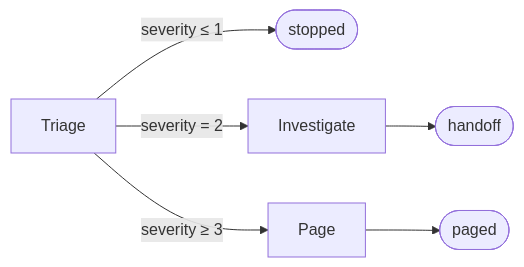
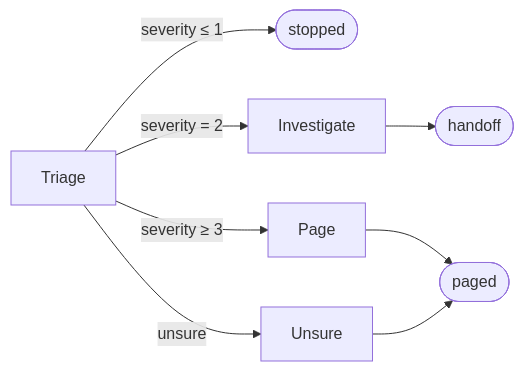
One commit to mattyv/skope changed the seventh of 7 diagrams in SPEC.md. Above: the diagram before and after it, drawn with Mermaid. The commit also changed other lines of this file, not shown here.

````diff
--- a/SPEC.md
+++ b/SPEC.md
@@ -1286,8 +1366,10 @@
 ```mermaid
 flowchart LR
   triage["Triage"] -- "severity ≤ 1" --> stopped(["stopped"])
   triage -- "severity = 2" --> inv["Investigate"]
   triage -- "severity ≥ 3" --> page["Page"]
+  triage -- "unsure" --> unsure["Unsure"]
   page --> paged(["paged"])
+  unsure --> paged
   inv --> handoff(["handoff"])
 ```
````
